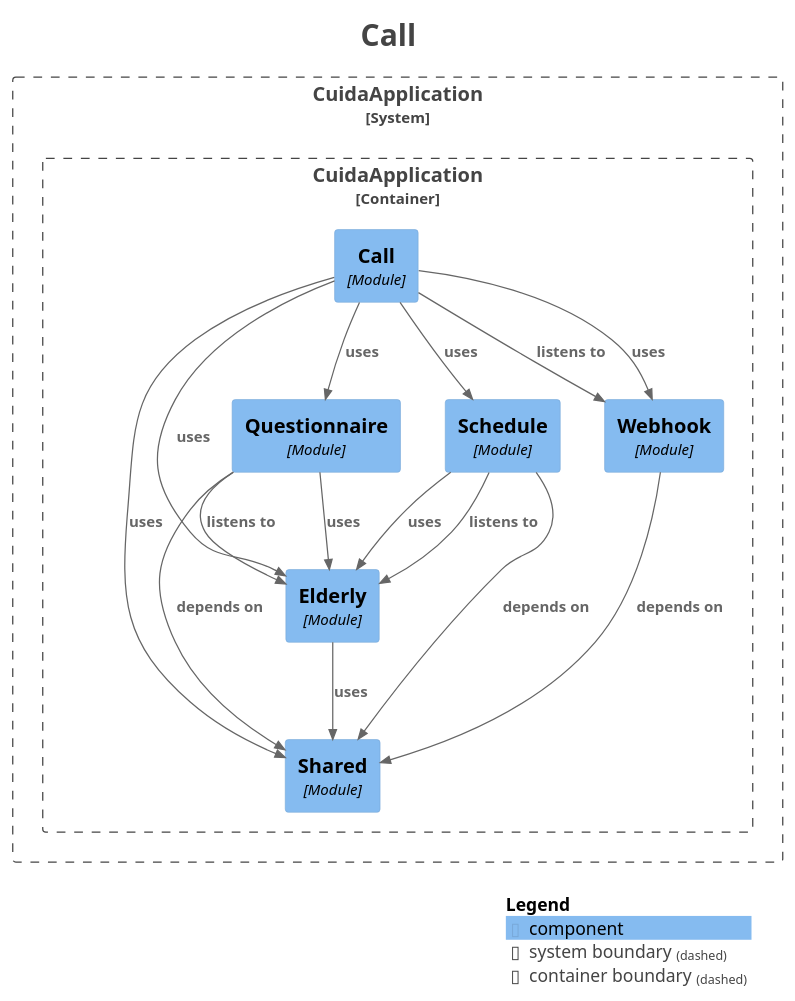
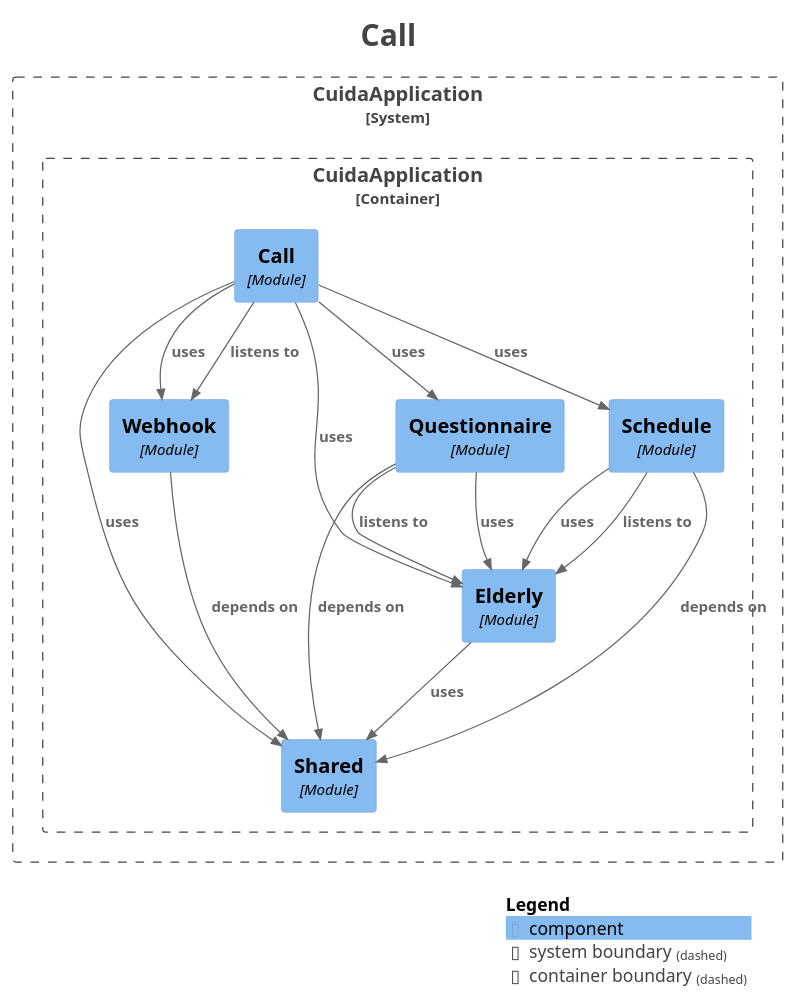
The diagram in docs/modules/module-call.puml (Rodrimir/alo_diario), drawn with PlantUML before and after one commit. The commit also changed other lines of this file and 29 other files, not shown here.

```diff
--- a/docs/modules/module-call.puml
+++ b/docs/modules/module-call.puml
@@ -1,47 +1,47 @@
 @startuml
 title <size:24>Call</size>
 
 set separator none
 top to bottom direction
 
 <style>
   root {
     BackgroundColor: #ffffff
     FontColor: #444444
   }
 </style>
 
 !include <C4/C4>
 !include <C4/C4_Context>
 !include <C4/C4_Component>
 
 System_Boundary("CuidaApplication_boundary", "CuidaApplication", $tags="") {
   Container_Boundary("CuidaApplication.CuidaApplication_boundary", "CuidaApplication", $tags="") {
-    Component(CuidaApplication.CuidaApplication.Schedule, "Schedule", $techn="Module", $descr="", $tags="", $link="")
     Component(CuidaApplication.CuidaApplication.Call, "Call", $techn="Module", $descr="", $tags="", $link="")
     Component(CuidaApplication.CuidaApplication.Shared, "Shared", $techn="Module", $descr="", $tags="", $link="")
     Component(CuidaApplication.CuidaApplication.Elderly, "Elderly", $techn="Module", $descr="", $tags="", $link="")
     Component(CuidaApplication.CuidaApplication.Webhook, "Webhook", $techn="Module", $descr="", $tags="", $link="")
     Component(CuidaApplication.CuidaApplication.Questionnaire, "Questionnaire", $techn="Module", $descr="", $tags="", $link="")
+    Component(CuidaApplication.CuidaApplication.Schedule, "Schedule", $techn="Module", $descr="", $tags="", $link="")
   }
 
 }
 
 Rel(CuidaApplication.CuidaApplication.Call, CuidaApplication.CuidaApplication.Elderly, "uses", $techn="", $tags="", $link="")
 Rel(CuidaApplication.CuidaApplication.Call, CuidaApplication.CuidaApplication.Questionnaire, "uses", $techn="", $tags="", $link="")
 Rel(CuidaApplication.CuidaApplication.Call, CuidaApplication.CuidaApplication.Schedule, "uses", $techn="", $tags="", $link="")
 Rel(CuidaApplication.CuidaApplication.Call, CuidaApplication.CuidaApplication.Shared, "uses", $techn="", $tags="", $link="")
 Rel(CuidaApplication.CuidaApplication.Call, CuidaApplication.CuidaApplication.Webhook, "listens to", $techn="", $tags="", $link="")
 Rel(CuidaApplication.CuidaApplication.Call, CuidaApplication.CuidaApplication.Webhook, "uses", $techn="", $tags="", $link="")
 Rel(CuidaApplication.CuidaApplication.Elderly, CuidaApplication.CuidaApplication.Shared, "uses", $techn="", $tags="", $link="")
 Rel(CuidaApplication.CuidaApplication.Questionnaire, CuidaApplication.CuidaApplication.Elderly, "listens to", $techn="", $tags="", $link="")
 Rel(CuidaApplication.CuidaApplication.Questionnaire, CuidaApplication.CuidaApplication.Elderly, "uses", $techn="", $tags="", $link="")
 Rel(CuidaApplication.CuidaApplication.Questionnaire, CuidaApplication.CuidaApplication.Shared, "depends on", $techn="", $tags="", $link="")
 Rel(CuidaApplication.CuidaApplication.Schedule, CuidaApplication.CuidaApplication.Elderly, "listens to", $techn="", $tags="", $link="")
 Rel(CuidaApplication.CuidaApplication.Schedule, CuidaApplication.CuidaApplication.Elderly, "uses", $techn="", $tags="", $link="")
 Rel(CuidaApplication.CuidaApplication.Schedule, CuidaApplication.CuidaApplication.Shared, "depends on", $techn="", $tags="", $link="")
 Rel(CuidaApplication.CuidaApplication.Webhook, CuidaApplication.CuidaApplication.Shared, "depends on", $techn="", $tags="", $link="")
 
 SHOW_LEGEND(true)
 hide stereotypes
 @enduml
```
